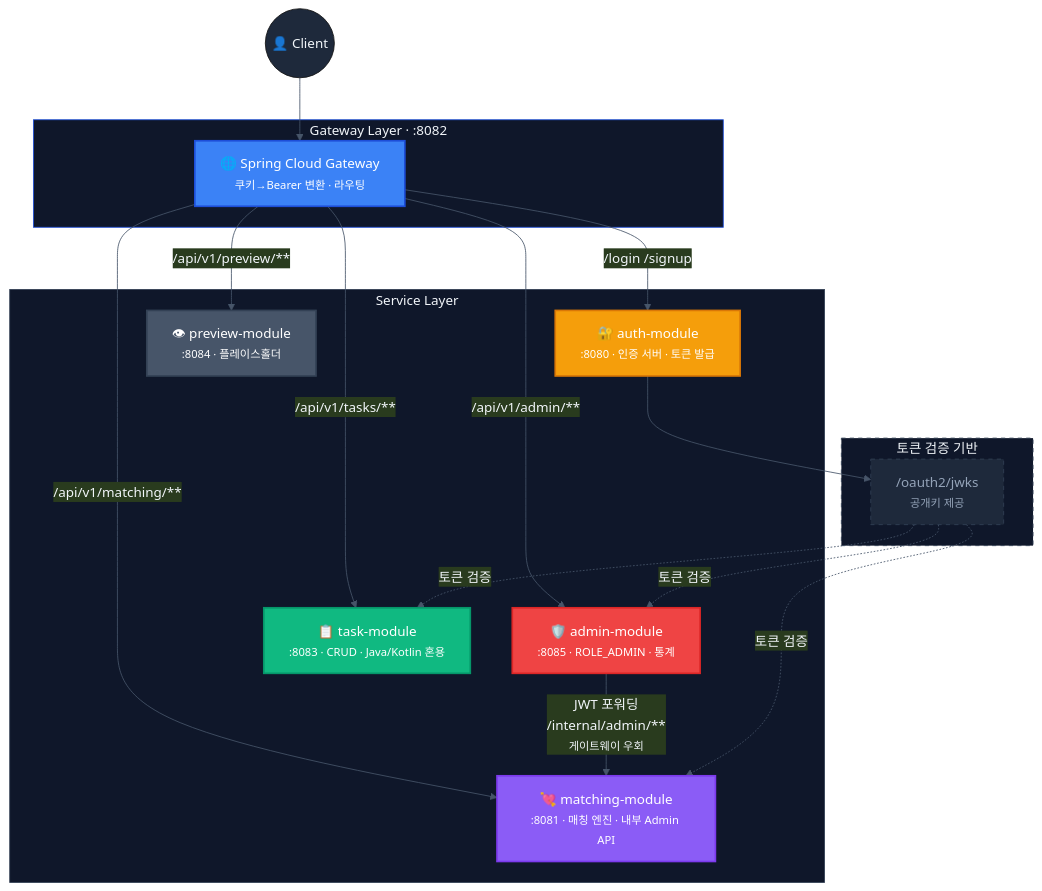
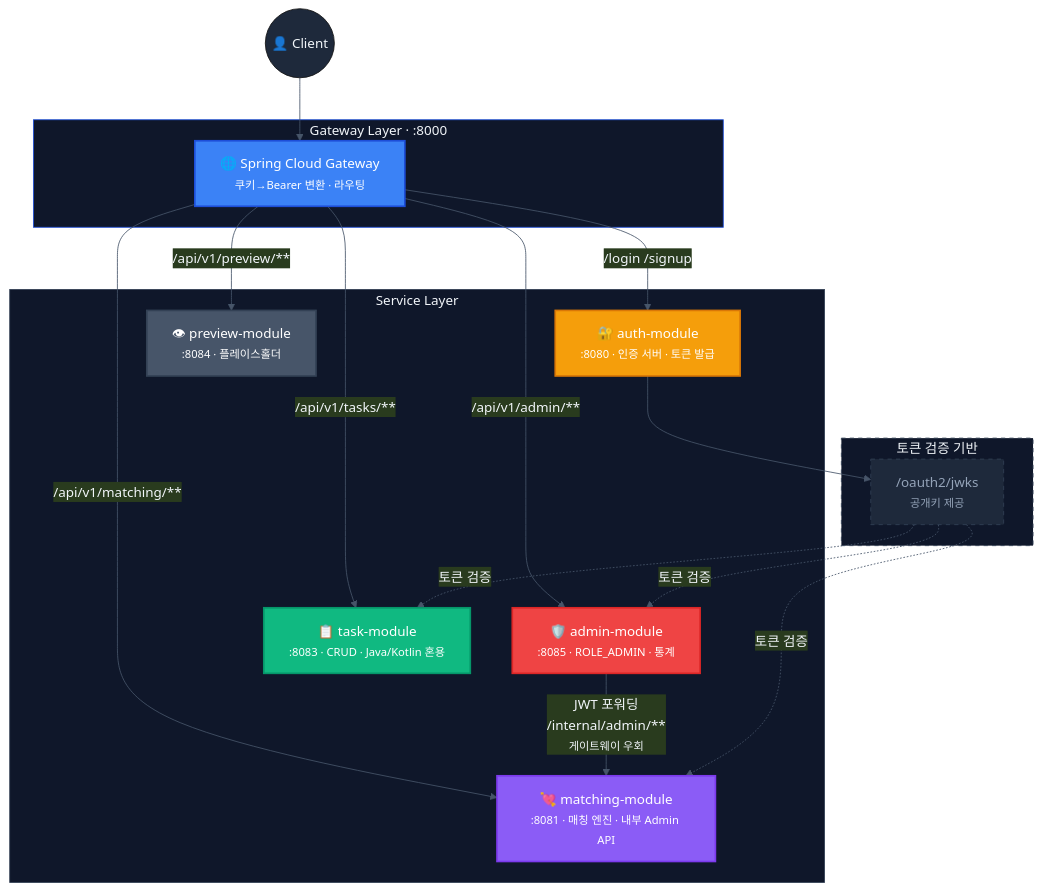
One commit to hello-pebble/auth-gateway-platform changed the fourth of 4 diagrams in README.md. Above: the diagram before and after it, drawn with Mermaid. The commit also changed other lines of this file and 4 other files, not shown here.

````diff
--- a/README.md
+++ b/README.md
@@ -138,46 +138,46 @@
 ```mermaid
 %%{init: {'theme': 'base', 'themeVariables': {'primaryColor': '#1e293b', 'primaryTextColor': '#f1f5f9', 'lineColor': '#475569', 'clusterBkg': '#0f172a', 'clusterBorder': '#334155', 'titleColor': '#f1f5f9'}}}%%
 graph TD
     Client(("👤 Client"))
 
-    subgraph GW_ZONE["Gateway Layer · :8082"]
+    subgraph GW_ZONE["Gateway Layer · :8000"]
         GW["🌐 Spring Cloud Gateway<br/><small>쿠키→Bearer 변환 · 라우팅</small>"]
     end
 
     subgraph SERVICES["Service Layer"]
         AUTH["🔐 auth-module<br/><small>:8080 · 인증 서버 · 토큰 발급</small>"]
         MATCH["💘 matching-module<br/><small>:8081 · 매칭 엔진 · 내부 Admin API</small>"]
         ADMIN["🛡️ admin-module<br/><small>:8085 · ROLE_ADMIN · 통계</small>"]
         TASK["📋 task-module<br/><small>:8083 · CRUD · Java/Kotlin 혼용</small>"]
         PREVIEW["👁 preview-module<br/><small>:8084 · 플레이스홀더</small>"]
     end
 
     subgraph SECURITY["토큰 검증 기반"]
         JWKS["/oauth2/jwks<br/><small>공개키 제공</small>"]
     end
 
     Client --> GW
     GW -->|"/login /signup"| AUTH
     GW -->|"/api/v1/matching/**"| MATCH
     GW -->|"/api/v1/admin/**"| ADMIN
     GW -->|"/api/v1/tasks/**"| TASK
     GW -->|"/api/v1/preview/**"| PREVIEW
 
     ADMIN -->|"JWT 포워딩<br/>/internal/admin/**<br/><small>게이트웨이 우회</small>"| MATCH
 
     AUTH --> JWKS
     JWKS -.->|"토큰 검증"| MATCH
     JWKS -.->|"토큰 검증"| ADMIN
     JWKS -.->|"토큰 검증"| TASK
 
     style GW    fill:#3b82f6,color:#fff,stroke:#1d4ed8,stroke-width:2px
     style AUTH  fill:#f59e0b,color:#fff,stroke:#d97706,stroke-width:2px
     style MATCH fill:#8b5cf6,color:#fff,stroke:#7c3aed,stroke-width:2px
     style ADMIN fill:#ef4444,color:#fff,stroke:#dc2626,stroke-width:2px
     style TASK  fill:#10b981,color:#fff,stroke:#059669,stroke-width:2px
     style PREVIEW fill:#475569,color:#fff,stroke:#334155,stroke-width:2px
     style JWKS  fill:#1e293b,color:#94a3b8,stroke:#334155,stroke-dasharray:5 5
     style GW_ZONE fill:#0f172a,color:#f1f5f9,stroke:#1d4ed8
     style SERVICES fill:#0f172a,color:#f1f5f9,stroke:#334155
     style SECURITY fill:#0f172a,color:#f1f5f9,stroke:#334155,stroke-dasharray:5 5
 ```
````
